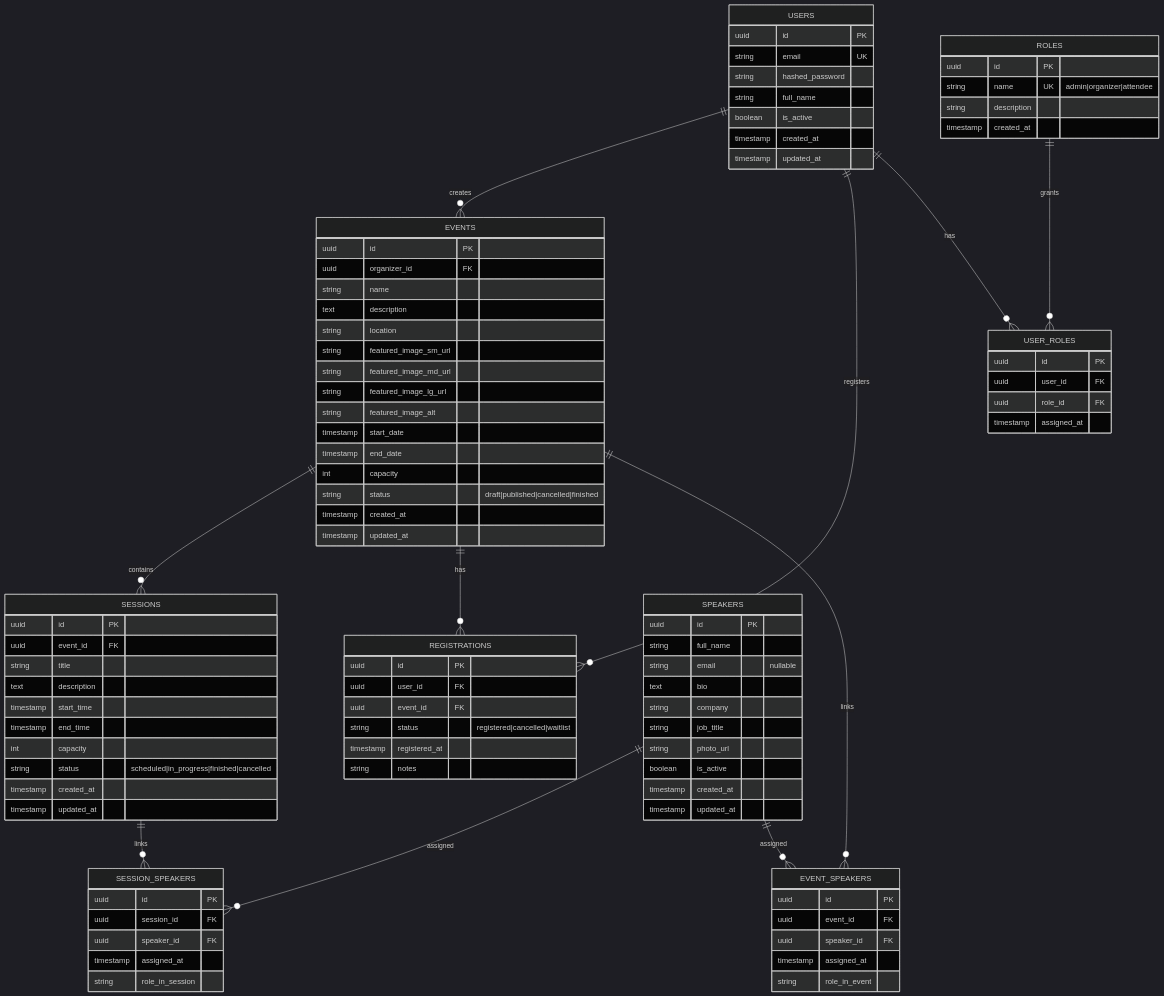
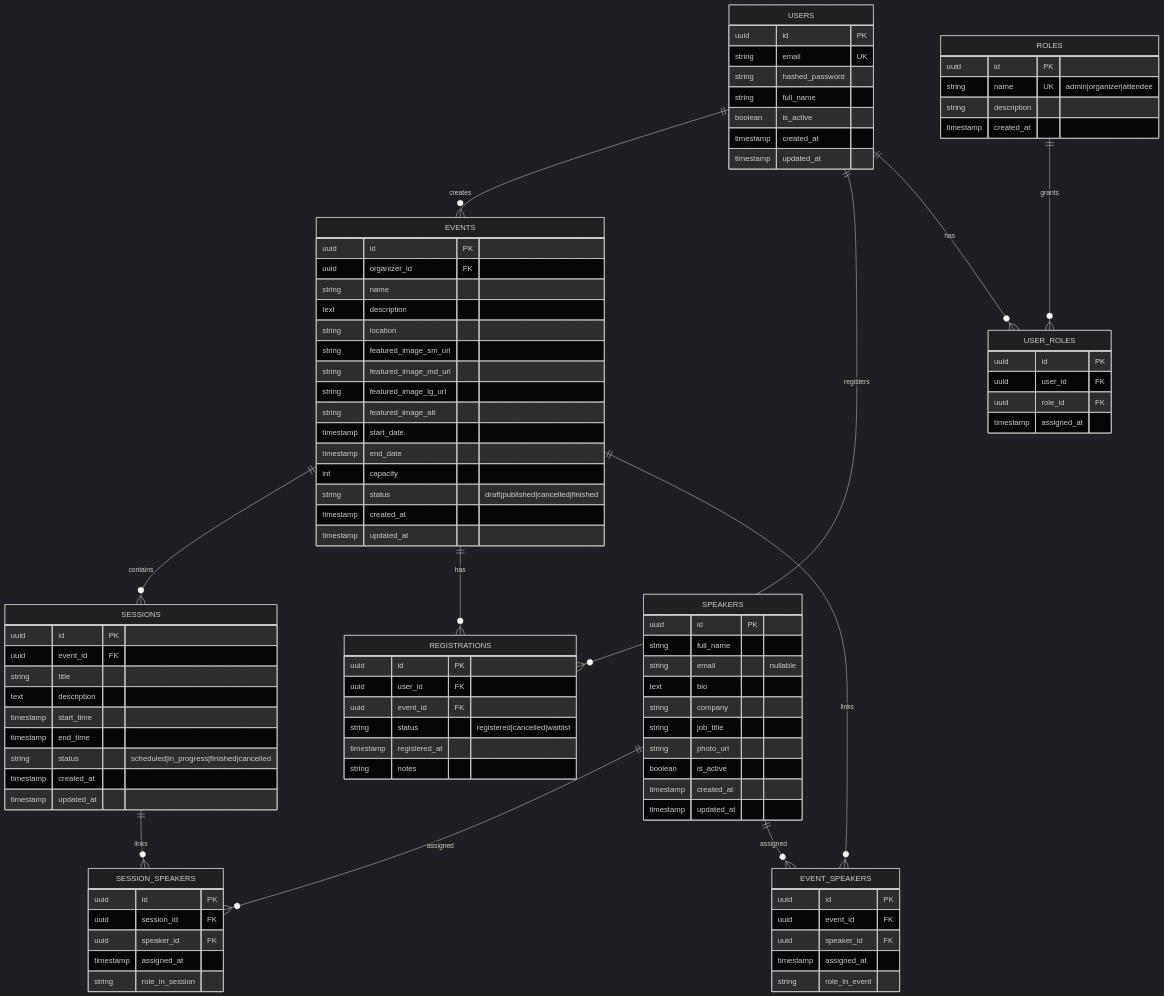
Before and after one commit to madebygarzon/misEventos: the diagram in docs/structured_project.md, drawn with Mermaid (dark theme). The commit also changed other lines of this file and 30 other files, not shown here.

```diff
--- a/docs/structured_project.md
+++ b/docs/structured_project.md
@@ -145,7 +145,6 @@
       text description
       timestamp start_time
       timestamp end_time
-      int capacity
       string status "scheduled|in_progress|finished|cancelled"
       timestamp created_at
       timestamp updated_at
```
